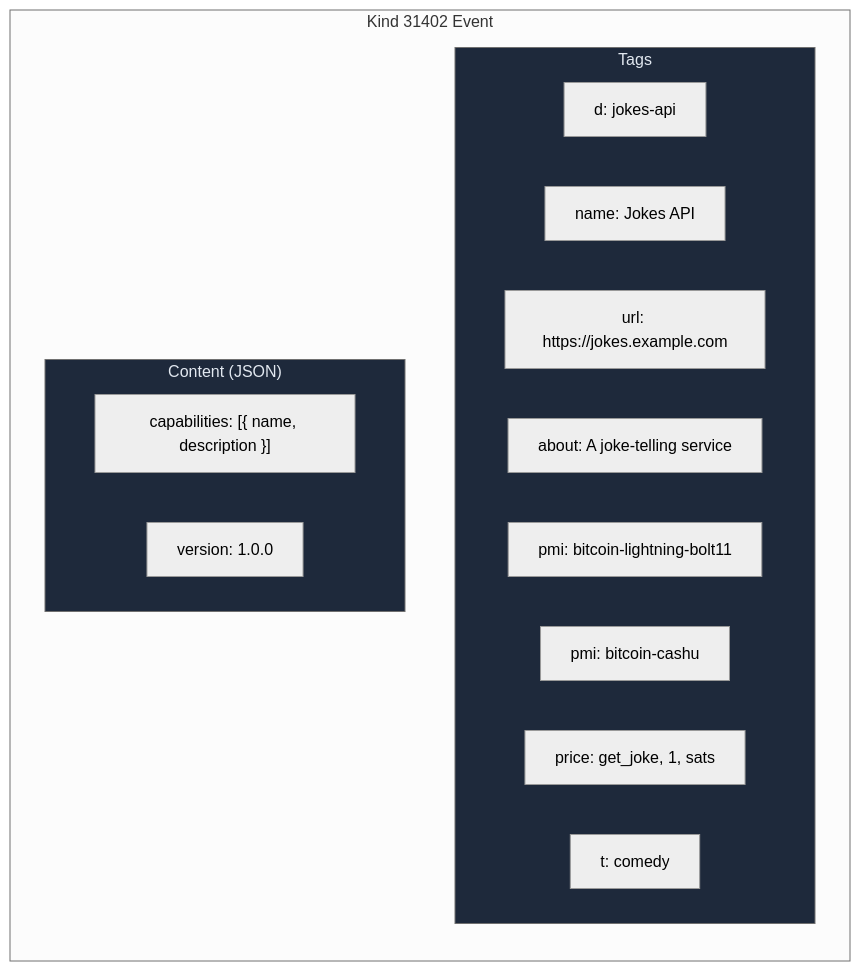
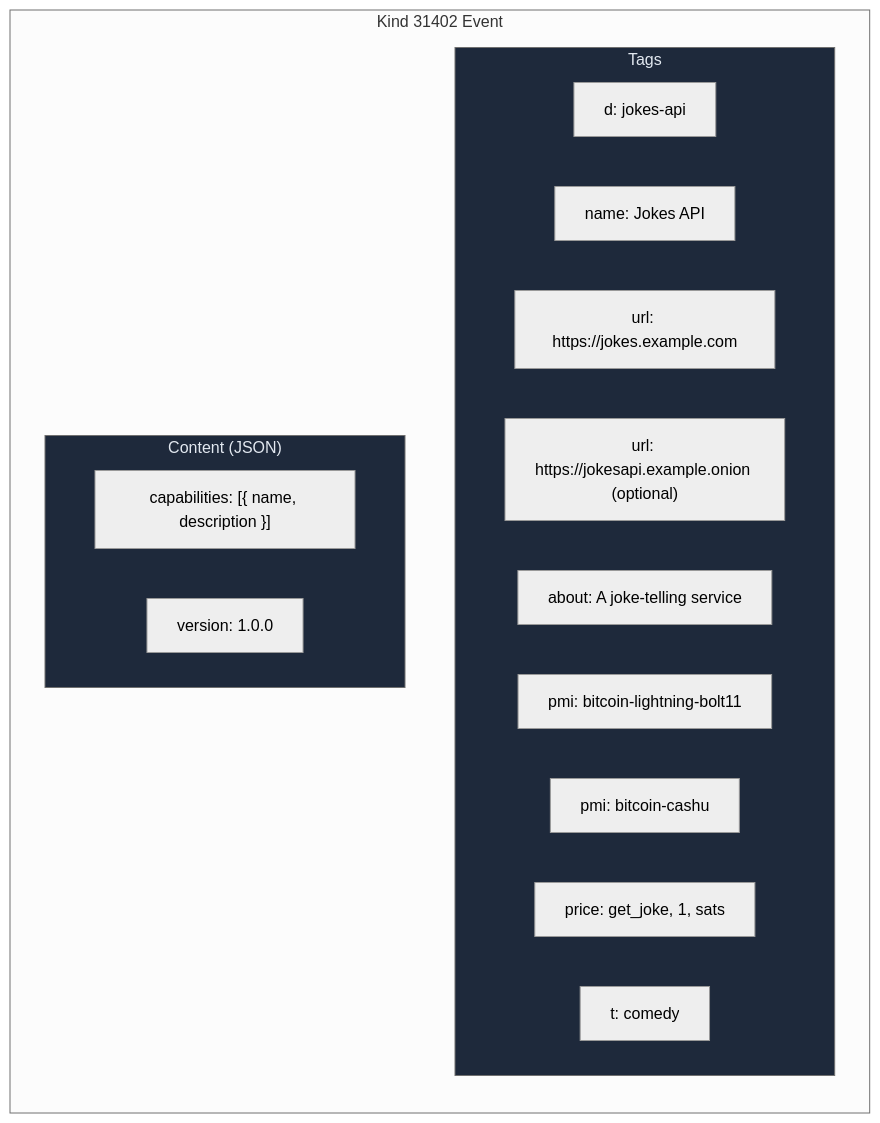
Before and after one commit to forgesworn/402-announce: the fourth of 4 diagrams in README.md, drawn with Mermaid (neutral theme). The commit also changed other lines of this file, not shown here.

First line of the commit message:
docs: update README for multi-transport URL support

````diff
--- a/README.md
+++ b/README.md
@@ -167,23 +189,24 @@
 ```mermaid
 graph TB
     subgraph "Kind 31402 Event"
         direction TB
         subgraph Tags
             D["d: jokes-api"]
             N["name: Jokes API"]
-            U["url: https://jokes.example.com"]
+            U1["url: https://jokes.example.com"]
+            U2["url: https://jokesapi.example.onion (optional)"]
             AB["about: A joke-telling service"]
             PMI1["pmi: bitcoin-lightning-bolt11"]
             PMI2["pmi: bitcoin-cashu"]
             P["price: get_joke, 1, sats"]
             T["t: comedy"]
         end
         subgraph Content["Content (JSON)"]
             CAP["capabilities: [{ name, description }]"]
             VER["version: 1.0.0"]
         end
     end
 
     style Tags fill:#1e293b,color:#e2e8f0
     style Content fill:#1e293b,color:#e2e8f0
 ```
````
